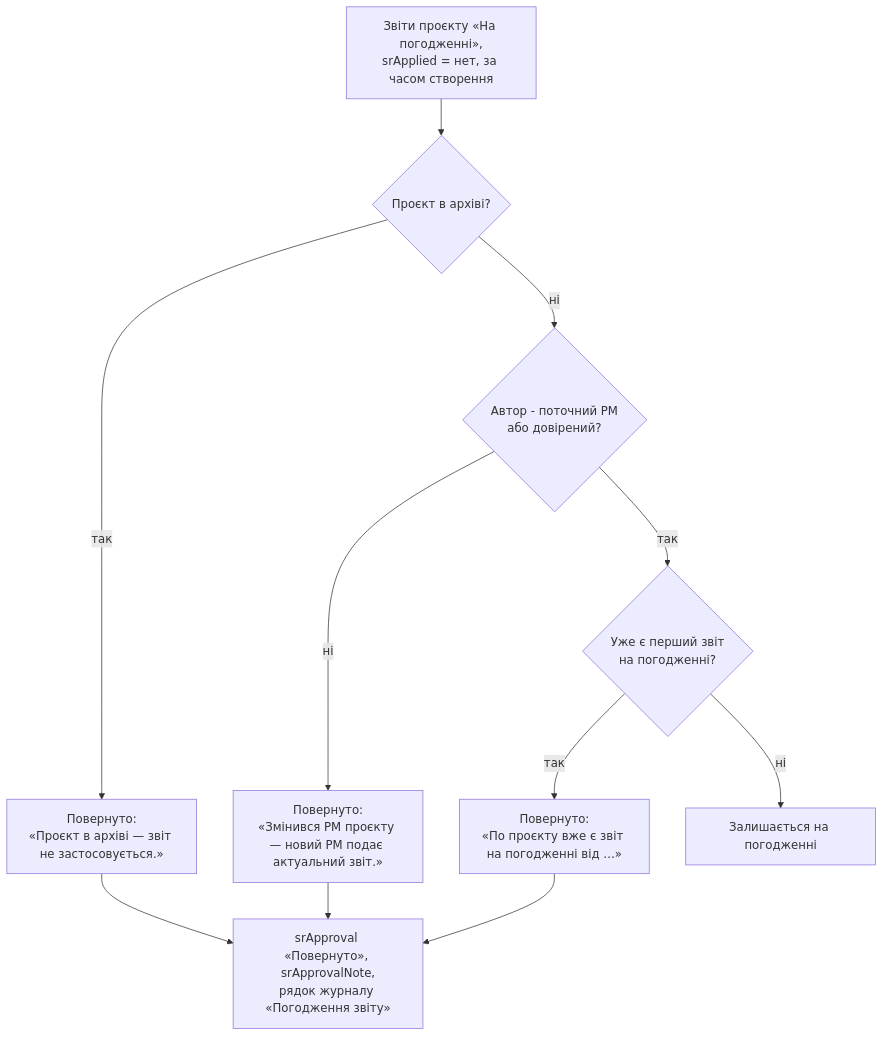
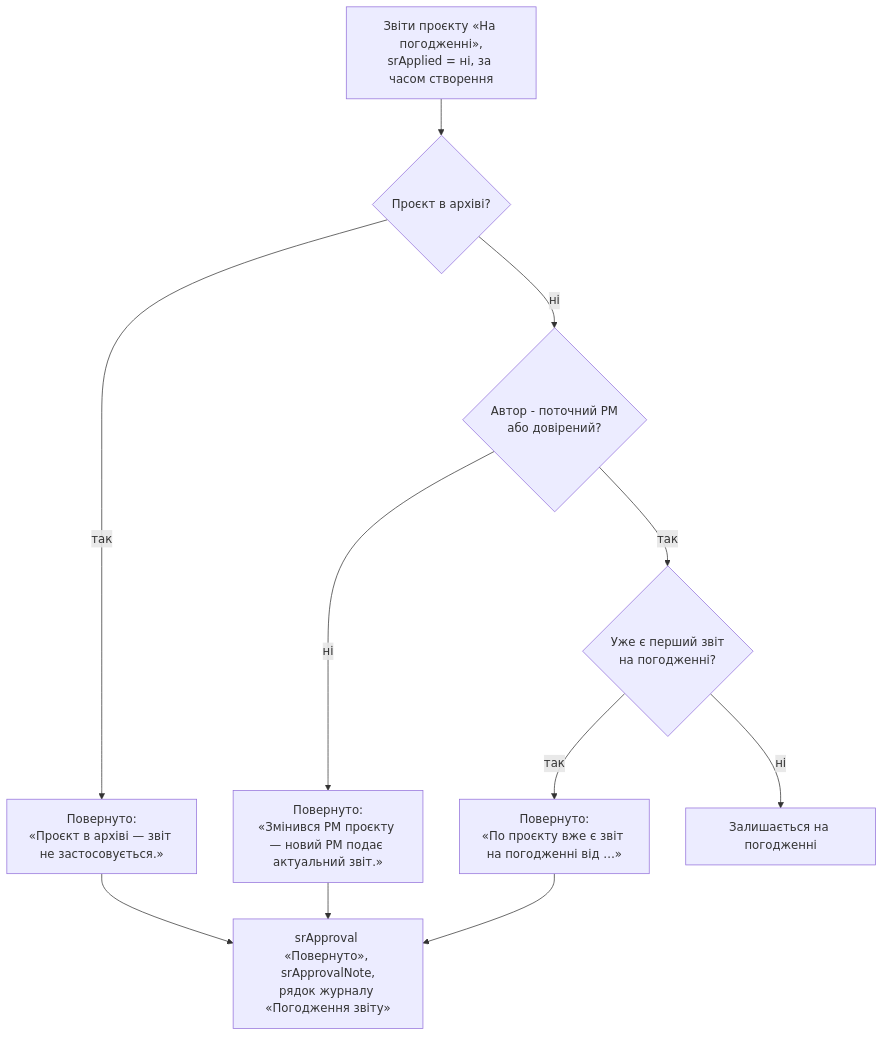
One commit to Acidsly/pmo-portal changed the fourth of 14 diagrams in docs/ARCHITECTURE.md. Above: the diagram before and after it, drawn with Mermaid. The commit also changed other lines of this file and 24 other files, not shown here.

````diff
--- a/docs/ARCHITECTURE.md
+++ b/docs/ARCHITECTURE.md
@@ -151,13 +151,13 @@
 ```mermaid
 flowchart TD
-    A["Звіти проєкту «На погодженні»,<br/>srApplied = нет, за часом створення"] --> B{"Проєкт в архіві?"}
+    A["Звіти проєкту «На погодженні»,<br/>srApplied = ні, за часом створення"] --> B{"Проєкт в архіві?"}
     B -- так --> R1["Повернуто:<br/>«Проєкт в архіві — звіт не застосовується.»"]
     B -- ні --> C{"Автор - поточний PM<br/>або довірений?"}
     C -- ні --> R2["Повернуто:<br/>«Змінився PM проєкту — новий PM подає актуальний звіт.»"]
     C -- так --> D{"Уже є перший звіт<br/>на погодженні?"}
     D -- так --> R3["Повернуто:<br/>«По проєкту вже є звіт на погодженні від …»"]
     D -- ні --> K["Залишається на погодженні"]
     R1 --> J["srApproval «Повернуто», srApprovalNote,<br/>рядок журналу «Погодження звіту»"]
     R2 --> J
     R3 --> J
 ```
````
